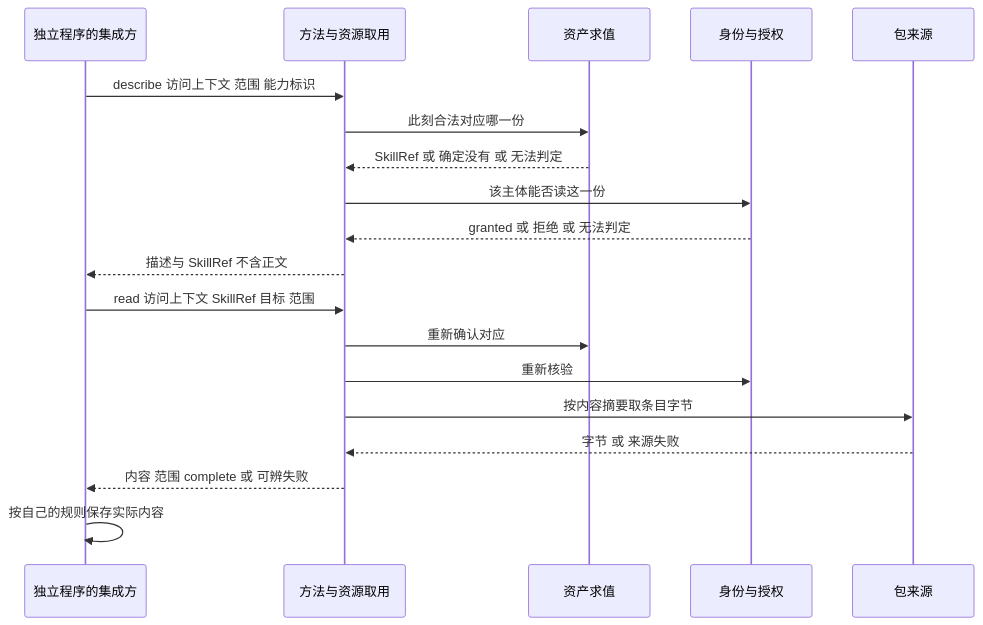
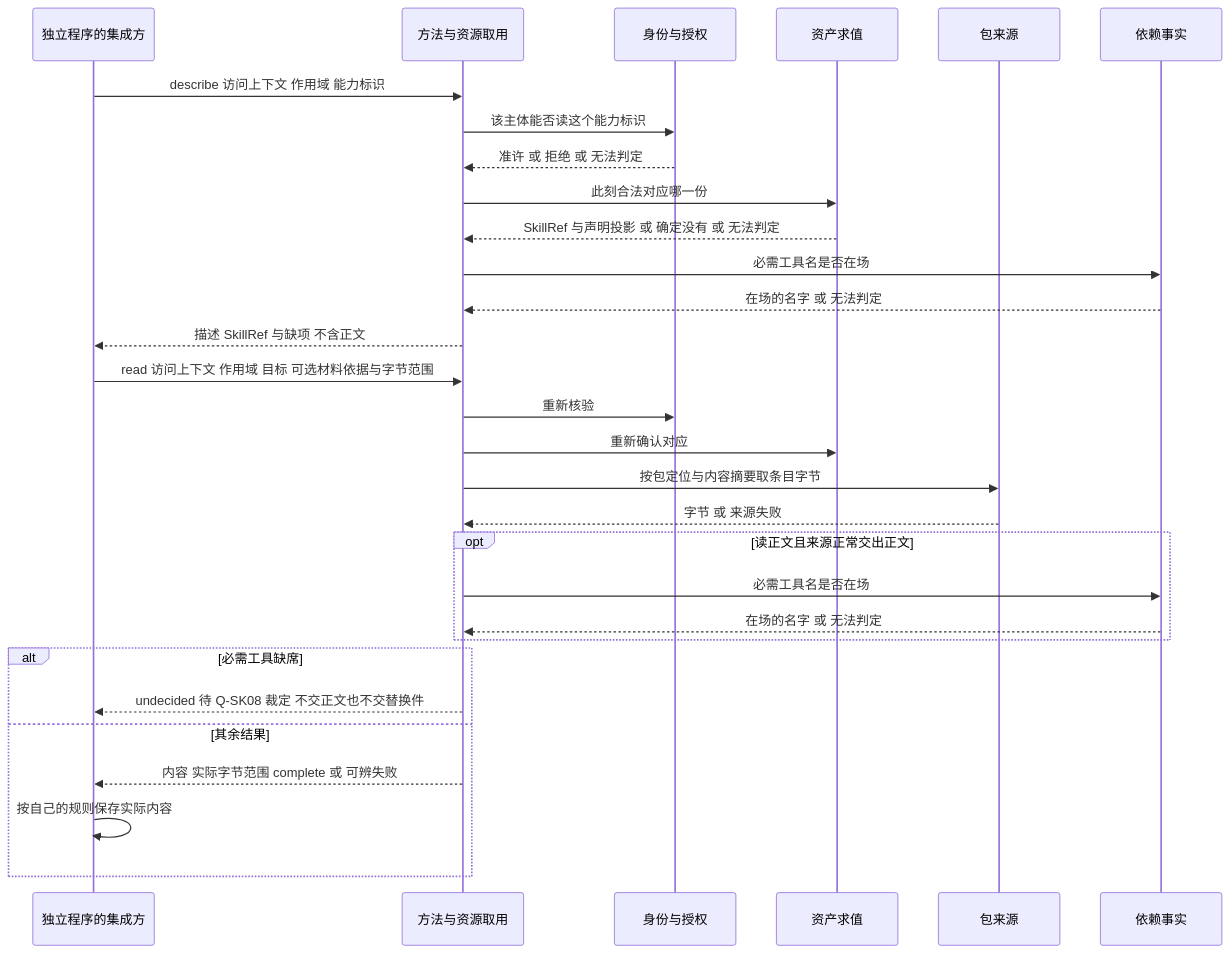
Before and after one commit to nemori-ai/omne-harness-lite: the second of 4 diagrams in docs/domains/skills/key-flows.md, drawn with Mermaid. The commit also changed other lines of this file and 6 other files, not shown here.

````diff
--- a/docs/domains/skills/key-flows.md
+++ b/docs/domains/skills/key-flows.md
@@ -43,21 +47,32 @@
 ```mermaid
 sequenceDiagram
   participant P as 独立程序的集成方
   participant A as 方法与资源取用
+  participant I as 身份与授权
   participant R as 资产求值
-  participant I as 身份与授权
   participant S as 包来源
-  P->>A: describe 访问上下文 范围 能力标识
+  participant F as 依赖事实
+  P->>A: describe 访问上下文 作用域 能力标识
+  A->>I: 该主体能否读这个能力标识
+  I-->>A: 准许 或 拒绝 或 无法判定
   A->>R: 此刻合法对应哪一份
-  R-->>A: SkillRef 或 确定没有 或 无法判定
-  A->>I: 该主体能否读这一份
-  I-->>A: granted 或 拒绝 或 无法判定
-  A-->>P: 描述与 SkillRef 不含正文
-  P->>A: read 访问上下文 SkillRef 目标 范围
+  R-->>A: SkillRef 与声明投影 或 确定没有 或 无法判定
+  A->>F: 必需工具名是否在场
+  F-->>A: 在场的名字 或 无法判定
+  A-->>P: 描述 SkillRef 与缺项 不含正文
+  P->>A: read 访问上下文 作用域 目标 可选材料依据与字节范围
+  A->>I: 重新核验
   A->>R: 重新确认对应
-  A->>I: 重新核验
-  A->>S: 按内容摘要取条目字节
+  A->>S: 按包定位与内容摘要取条目字节
   S-->>A: 字节 或 来源失败
-  A-->>P: 内容 范围 complete 或 可辨失败
-  P->>P: 按自己的规则保存实际内容
+  opt 读正文且来源正常交出正文
+    A->>F: 必需工具名是否在场
+    F-->>A: 在场的名字 或 无法判定
+  end
+  alt 必需工具缺席
+    A-->>P: undecided 待 Q-SK08 裁定 不交正文也不交替换件
+  else 其余结果
+    A-->>P: 内容 实际字节范围 complete 或 可辨失败
+    P->>P: 按自己的规则保存实际内容
+  end
 ```
````
